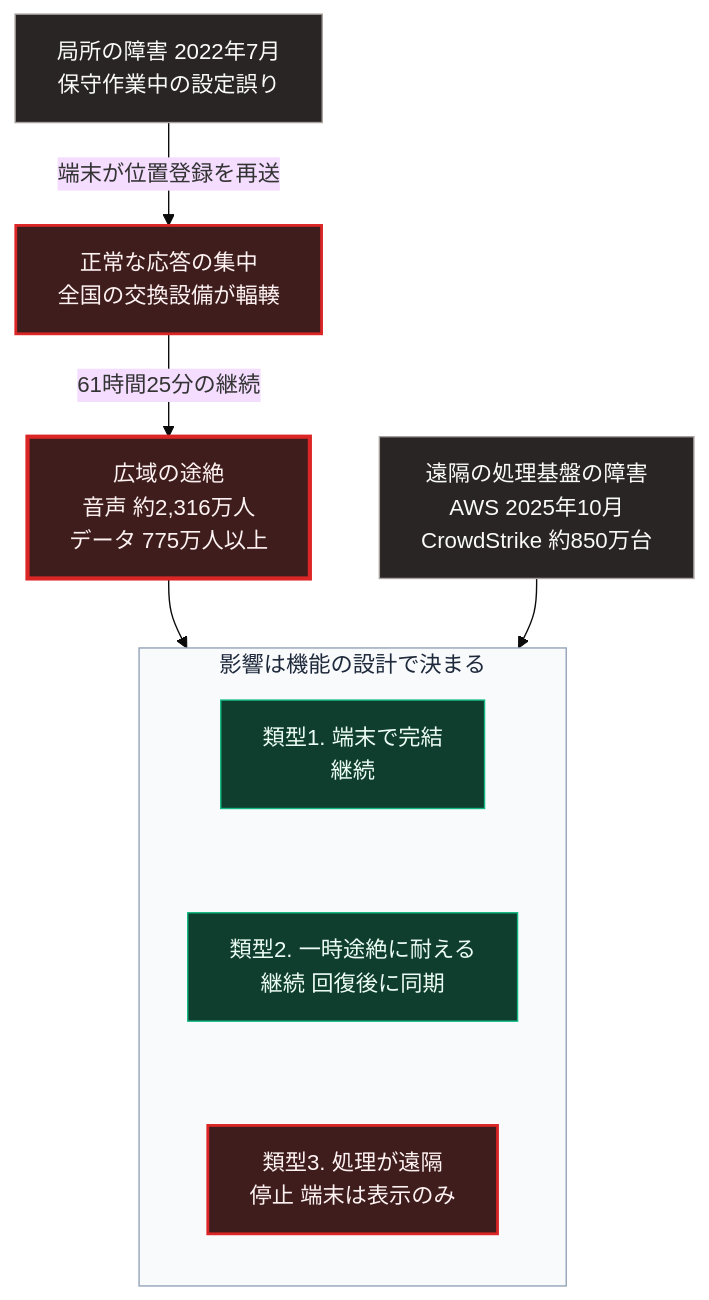
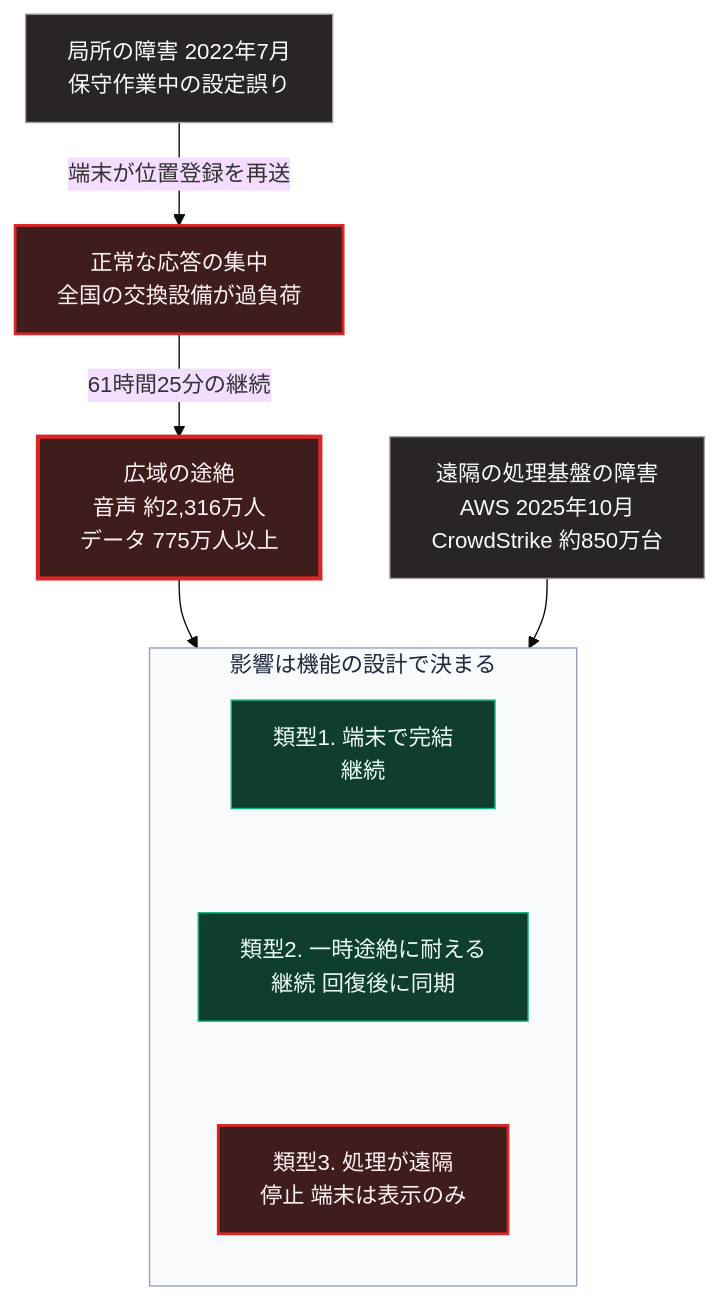
Before and after one commit to Takenori-Kusaka/zenn-content: the diagram in books/sovereign-resilience-blueprint/40_cloud-lockout-wan-cutout.md, drawn with Mermaid (base theme). The commit also changed 15 other files, not shown here.

````diff
--- a/books/sovereign-resilience-blueprint/40_cloud-lockout-wan-cutout.md
+++ b/books/sovereign-resilience-blueprint/40_cloud-lockout-wan-cutout.md
@@ -75,23 +75,23 @@
 ```mermaid
 flowchart TD
     A[局所の障害 2022年7月<br>保守作業中の設定誤り]
-    A -->|端末が位置登録を再送| B[正常な応答の集中<br>全国の交換設備が輻輳]
+    A -->|端末が位置登録を再送| B[正常な応答の集中<br>全国の交換設備が過負荷]
     B -->|61時間25分の継続| C[広域の途絶<br>音声 約2,316万人<br>データ 775万人以上]
     R[遠隔の処理基盤の障害<br>AWS 2025年10月<br>CrowdStrike 約850万台]
     subgraph G[影響は機能の設計で決まる]
         direction TB
         K1[類型1. 端末で完結<br>継続] ~~~ K2[類型2. 一時途絶に耐える<br>継続 回復後に同期]
         K2 ~~~ K3[類型3. 処理が遠隔<br>停止 端末は表示のみ]
     end
     C --> G
     R --> G
 
     style A fill:#292524,stroke:#a8a29e,color:#fafaf9
     style B fill:#3f1d1d,stroke:#dc2626,stroke-width:2px,color:#fef2f2
     style C fill:#3f1d1d,stroke:#dc2626,stroke-width:3px,color:#fef2f2
     style R fill:#292524,stroke:#a8a29e,color:#fafaf9
     style K1 fill:#0f3d2e,stroke:#10b981,color:#ecfdf5
     style K2 fill:#0f3d2e,stroke:#10b981,color:#ecfdf5
     style K3 fill:#3f1d1d,stroke:#dc2626,stroke-width:2px,color:#fef2f2
     style G fill:#f8fafc,stroke:#94a3b8,color:#1e293b
 ```
````
